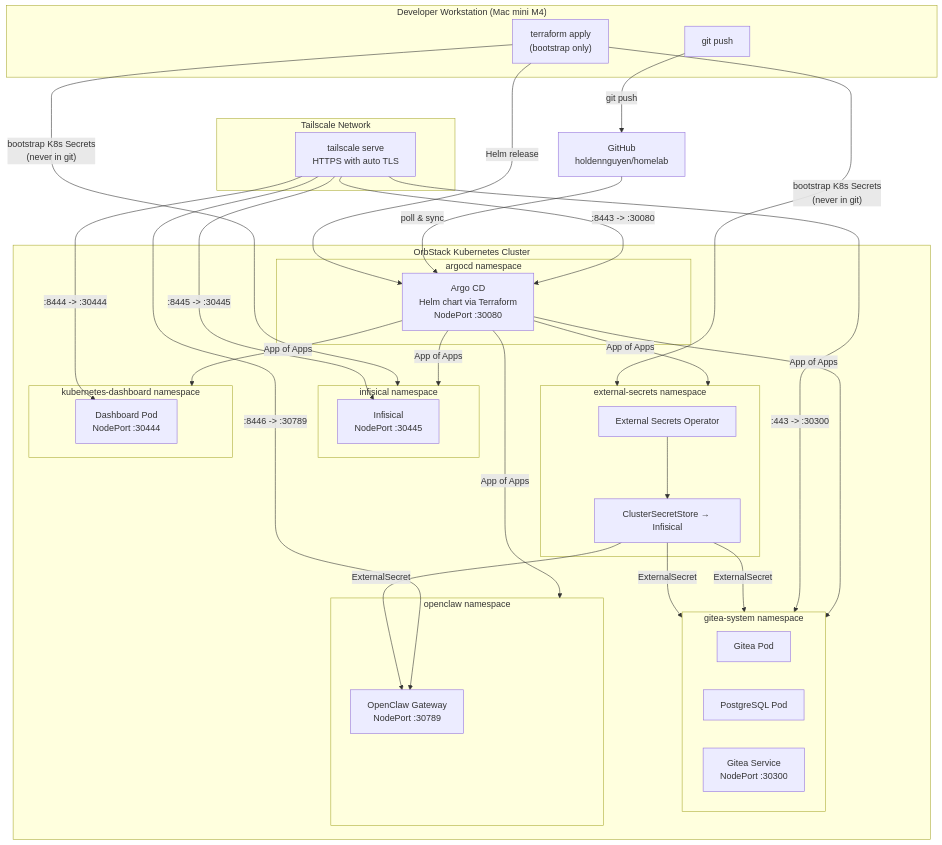
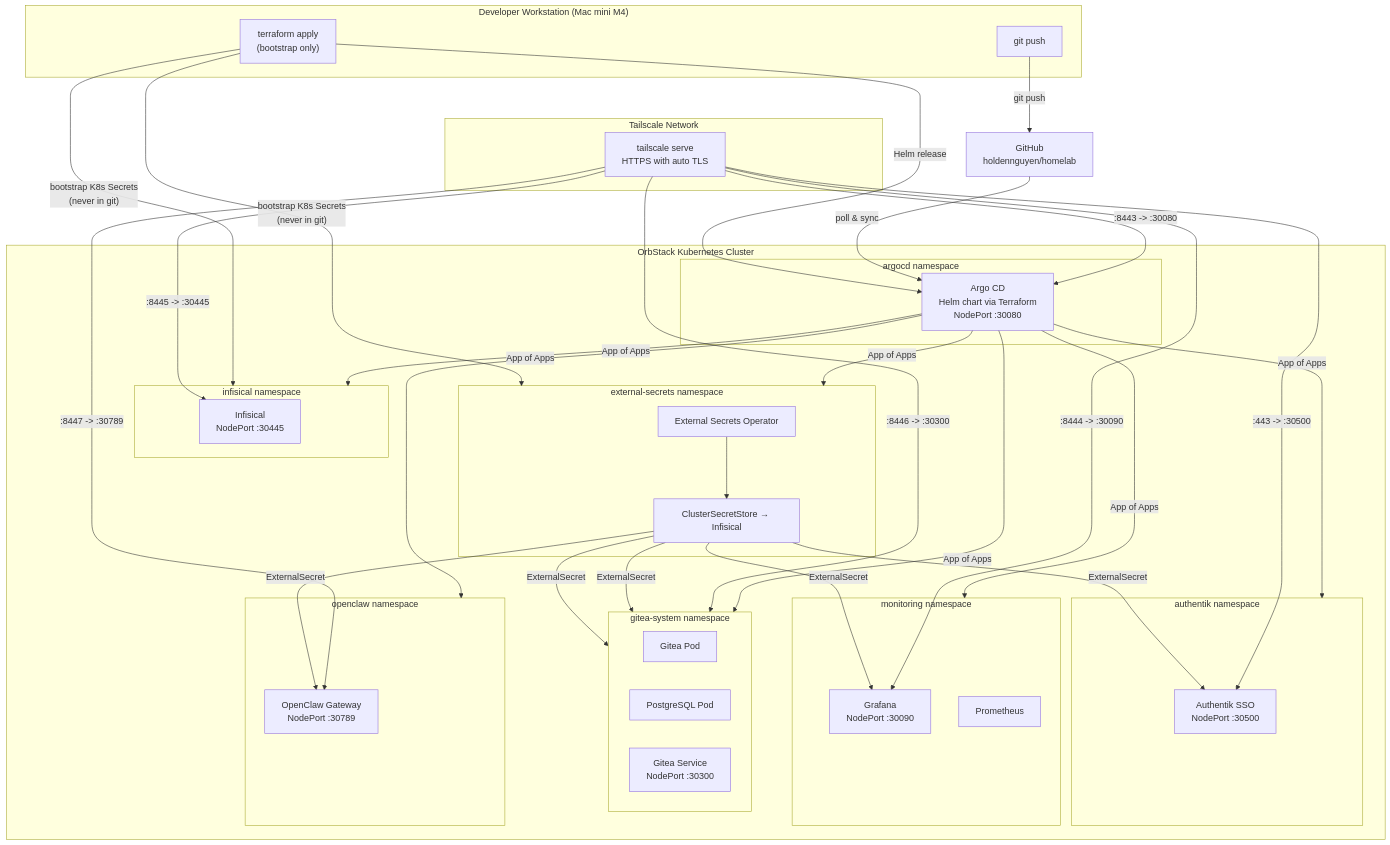
One commit to haingth77/homelab changed the first of 2 diagrams in README.md. Above: the diagram before and after it, drawn with Mermaid. The commit also changed other lines of this file and 12 other files, not shown here.

````diff
--- a/README.md
+++ b/README.md
@@ -7,63 +7,72 @@
 ```mermaid
 flowchart TD
     subgraph dev["Developer Workstation (Mac mini M4)"]
         Git["git push"]
         TF["terraform apply\n(bootstrap only)"]
     end
 
     GitHub["GitHub\nholdennguyen/homelab"]
 
     subgraph tailnet["Tailscale Network"]
         TServe["tailscale serve\nHTTPS with auto TLS"]
     end
 
     subgraph orb["OrbStack Kubernetes Cluster"]
         subgraph argocdNs["argocd namespace"]
             ArgoCD["Argo CD\nHelm chart via Terraform\nNodePort :30080"]
         end
 
         subgraph infisicalNs["infisical namespace"]
             InfisicalSvc["Infisical\nNodePort :30445"]
         end
 
         subgraph esoNs["external-secrets namespace"]
             ESO["External Secrets Operator"]
             CSS["ClusterSecretStore → Infisical"]
         end
 
         subgraph giteaNs["gitea-system namespace"]
             direction LR
             GiteaPod["Gitea Pod"]
             PostgresPod["PostgreSQL Pod"]
             GiteaSvc["Gitea Service\nNodePort :30300"]
         end
 
-        subgraph dashNs["kubernetes-dashboard namespace"]
-            DashPod["Dashboard Pod\nNodePort :30444"]
+        subgraph authentikNs["authentik namespace"]
+            AuthentikPod["Authentik SSO\nNodePort :30500"]
+        end
+
+        subgraph monNs["monitoring namespace"]
+            GrafanaPod["Grafana\nNodePort :30090"]
+            PromPod["Prometheus"]
         end
 
         subgraph openclawNs["openclaw namespace"]
             OpenClawPod["OpenClaw Gateway\nNodePort :30789"]
         end
     end
 
     TF -- "Helm release" --> ArgoCD
     TF -- "bootstrap K8s Secrets\n(never in git)" --> infisicalNs
     TF -- "bootstrap K8s Secrets\n(never in git)" --> esoNs
     Git -- "git push" --> GitHub
     GitHub -- "poll & sync" --> ArgoCD
     ArgoCD -- "App of Apps" --> infisicalNs
     ArgoCD -- "App of Apps" --> esoNs
     ArgoCD -- "App of Apps" --> giteaNs
-    ArgoCD -- "App of Apps" --> dashNs
+    ArgoCD -- "App of Apps" --> authentikNs
+    ArgoCD -- "App of Apps" --> monNs
     ArgoCD -- "App of Apps" --> openclawNs
     ESO --> CSS
     CSS -- "ExternalSecret" --> GiteaPod
     CSS -- "ExternalSecret" --> PostgresPod
     CSS -- "ExternalSecret" --> OpenClawPod
-    TServe -- ":443 -> :30300" --> GiteaSvc
+    CSS -- "ExternalSecret" --> AuthentikPod
+    CSS -- "ExternalSecret" --> GrafanaPod
+    TServe -- ":443 -> :30500" --> AuthentikPod
     TServe -- ":8443 -> :30080" --> ArgoCD
-    TServe -- ":8444 -> :30444" --> DashPod
+    TServe -- ":8444 -> :30090" --> GrafanaPod
     TServe -- ":8445 -> :30445" --> InfisicalSvc
-    TServe -- ":8446 -> :30789" --> OpenClawPod
+    TServe -- ":8446 -> :30300" --> GiteaSvc
+    TServe -- ":8447 -> :30789" --> OpenClawPod
 ```
````
